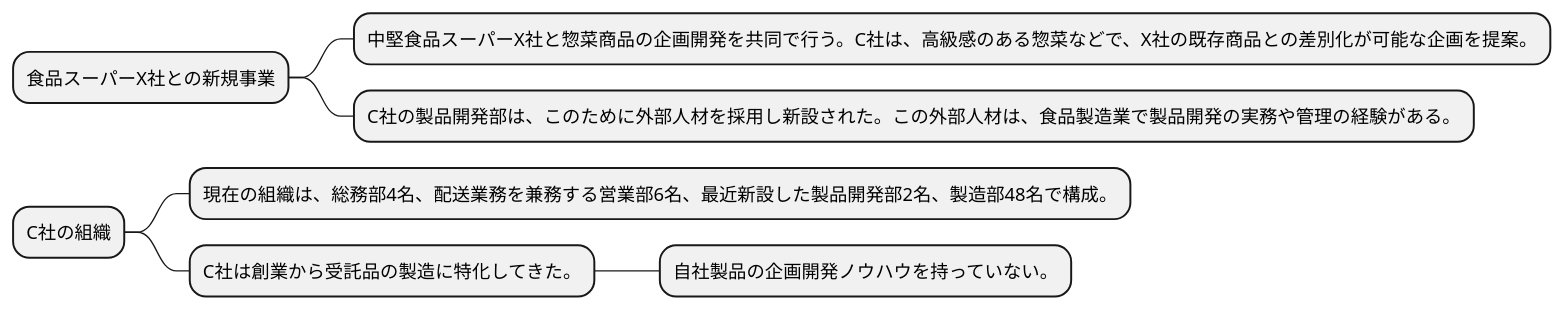
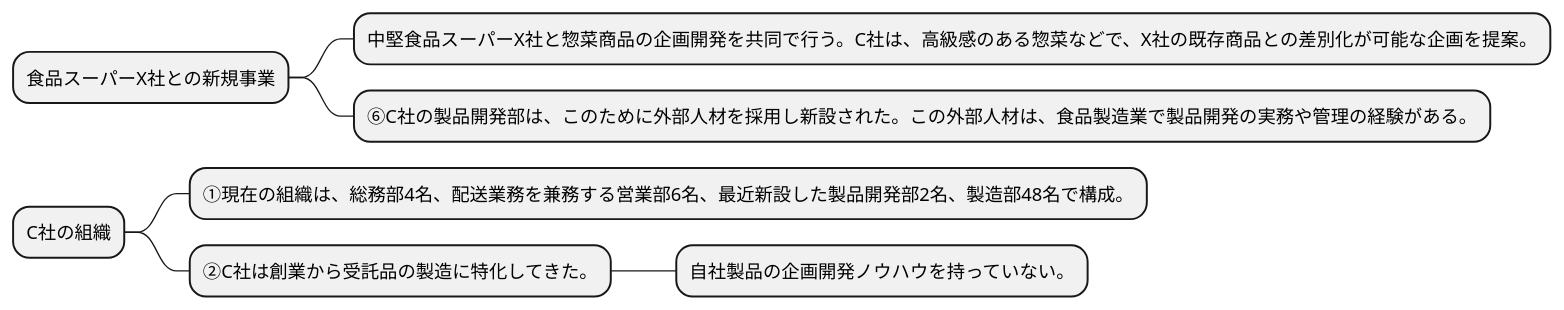
One commit to k2works/case-study-business-analysis changed the eighth of 13 diagrams in docs/case/study/R05/r05_case_3_study_2.adoc. Above: the diagram before and after it, drawn with PlantUML. The commit also changed other lines of this file, not shown here.

```diff
--- a/docs/case/study/R05/r05_case_3_study_2.adoc
+++ b/docs/case/study/R05/r05_case_3_study_2.adoc
@@ -210,14 +210,14 @@
 [plantuml]
 ----
 @startmindmap
 
 * 食品スーパーX社との新規事業
 ** 中堅食品スーパーX社と惣菜商品の企画開発を共同で行う。C社は、高級感のある惣菜などで、X社の既存商品との差別化が可能な企画を提案。
-** C社の製品開発部は、このために外部人材を採用し新設された。この外部人材は、食品製造業で製品開発の実務や管理の経験がある。
+** ⑥C社の製品開発部は、このために外部人材を採用し新設された。この外部人材は、食品製造業で製品開発の実務や管理の経験がある。
 * C社の組織
-** 現在の組織は、総務部4名、配送業務を兼務する営業部6名、最近新設した製品開発部2名、製造部48名で構成。
-** C社は創業から受託品の製造に特化してきた。
+** ①現在の組織は、総務部4名、配送業務を兼務する営業部6名、最近新設した製品開発部2名、製造部48名で構成。
+** ②C社は創業から受託品の製造に特化してきた。
 *** 自社製品の企画開発ノウハウを持っていない。
 
 @endmindmap
 ----
```
